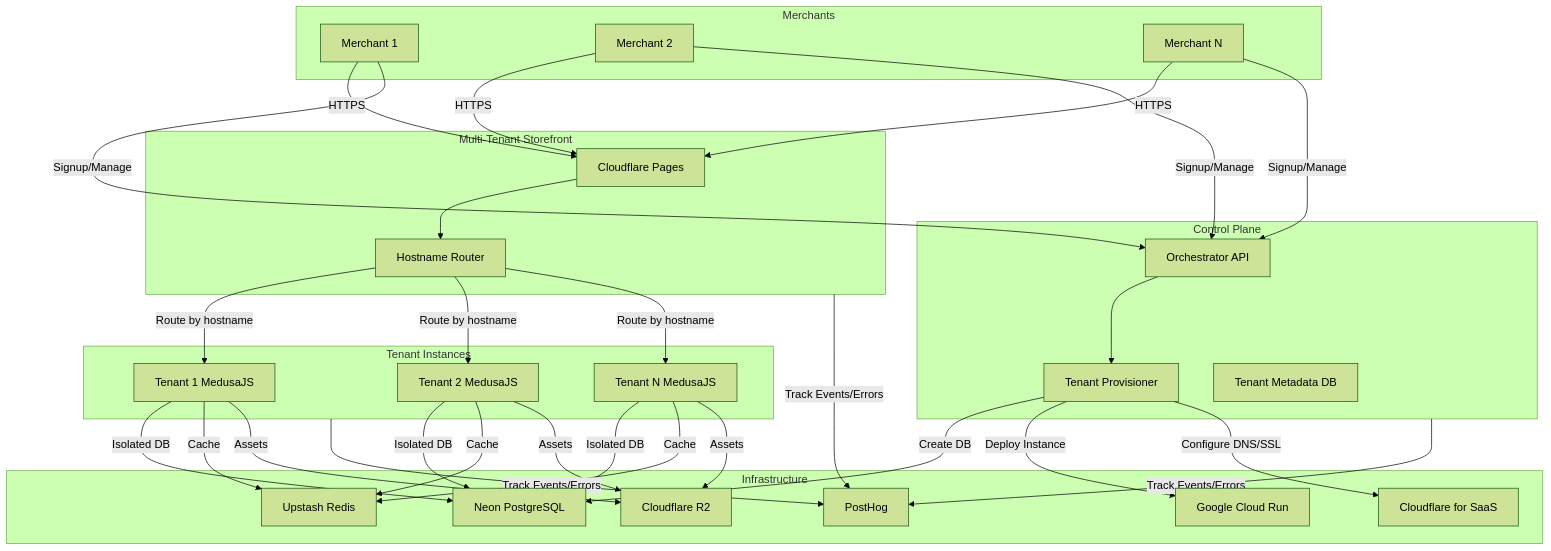
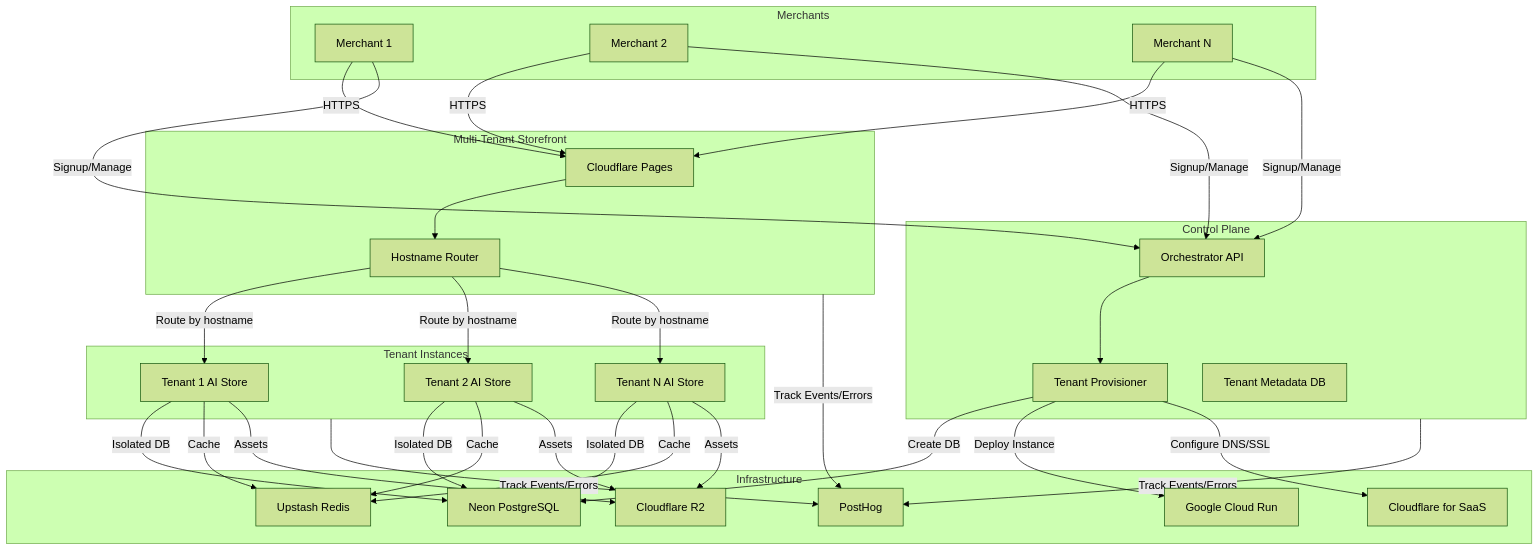
Before and after one commit to yuriolive/learning-infra: the diagram in PRD.md, drawn with Mermaid (forest theme). The commit also changed other lines of this file and 9 other files, not shown here.

````diff
--- a/PRD.md
+++ b/PRD.md
@@ -39,50 +41,50 @@
 ```mermaid
 flowchart TB
     subgraph merchants [Merchants]
         M1[Merchant 1]
         M2[Merchant 2]
         M3[Merchant N]
     end
 
     subgraph storefront [Multi-Tenant Storefront]
         CF[Cloudflare Pages]
         Router[Hostname Router]
     end
 
     subgraph controlPlane [Control Plane]
         API[Orchestrator API]
         Provisioner[Tenant Provisioner]
         Metadata[Tenant Metadata DB]
     end
 
     subgraph tenantInstances [Tenant Instances]
-        T1[Tenant 1 MedusaJS]
-        T2[Tenant 2 MedusaJS]
-        T3[Tenant N MedusaJS]
+        T1[Tenant 1 AI Store]
+        T2[Tenant 2 AI Store]
+        T3[Tenant N AI Store]
     end
 
     subgraph infrastructure [Infrastructure]
         GCR[Google Cloud Run]
         Neon[Neon PostgreSQL]
         Redis[Upstash Redis]
         R2[Cloudflare R2]
         CFSAAS[Cloudflare for SaaS]
         PH[PostHog]
     end
 
     M1 & M2 & M3 -->|HTTPS| CF
     CF --> Router
     Router -->|Route by hostname| T1 & T2 & T3
 
     M1 & M2 & M3 -->|Signup/Manage| API
     API --> Provisioner
     Provisioner -->|Create DB| Neon
     Provisioner -->|Deploy Instance| GCR
     Provisioner -->|Configure DNS/SSL| CFSAAS
 
     T1 & T2 & T3 -->|Isolated DB| Neon
     controlPlane & tenantInstances & storefront -->|Track Events/Errors| PH
 
     T1 & T2 & T3 -->|Cache| Redis
     T1 & T2 & T3 -->|Assets| R2
 ```
````
